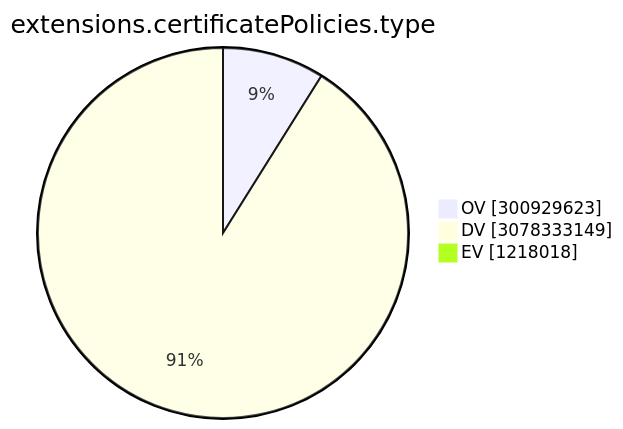
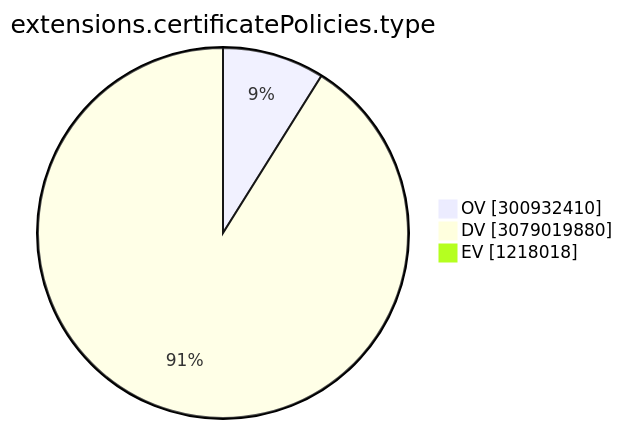
The ninth of 15 diagrams in TOTAL/README.md (christiankrug/ctmonitor_visualization), drawn with Mermaid before and after one commit. The commit also changed other lines of this file, not shown here.

````diff
--- a/TOTAL/README.md
+++ b/TOTAL/README.md
@@ -3102,7 +3102,7 @@
 ```mermaid
 pie showData
 title extensions.certificatePolicies.type
-"OV" :300929623
-"DV" :3078333149
+"OV" :300932410
+"DV" :3079019880
 "EV" :1218018
 ```
````
